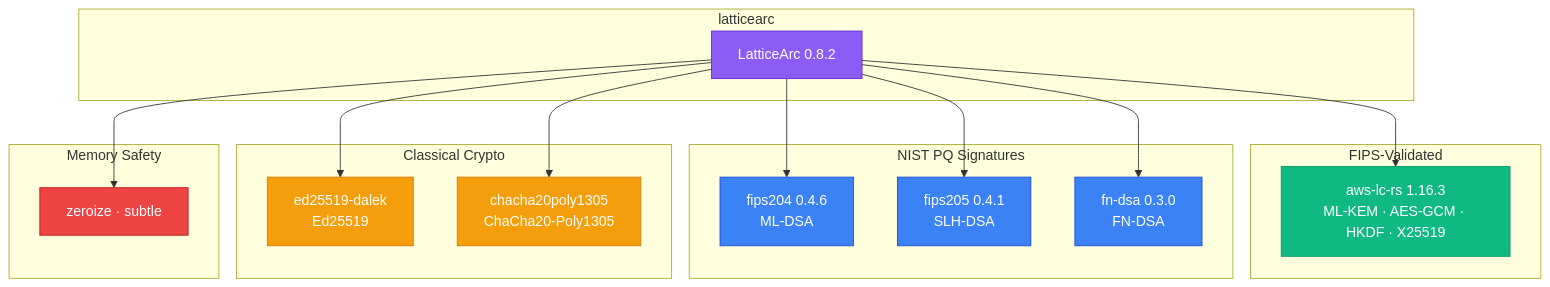
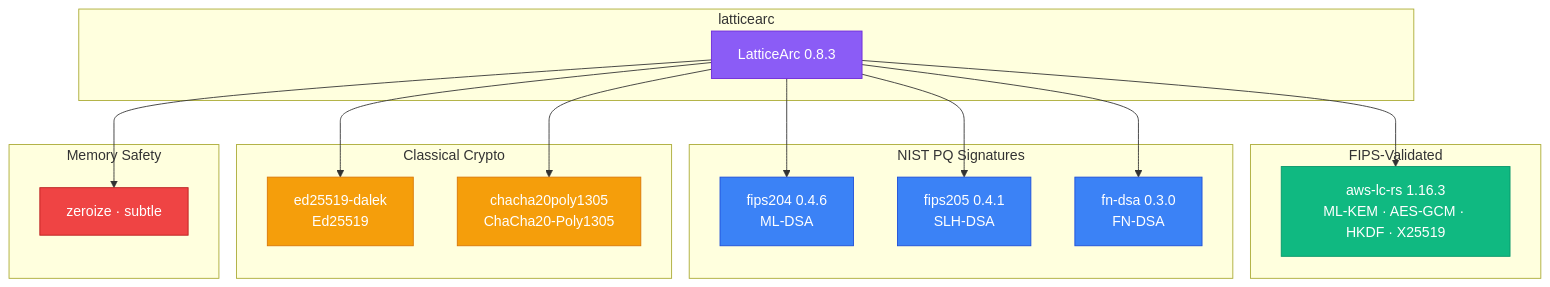
Before and after one commit to LatticeArc/latticearc: the diagram in docs/DEPENDENCY_JUSTIFICATION.md, drawn with Mermaid. The commit also changed other lines of this file and 6 other files, not shown here.

````diff
--- a/docs/DEPENDENCY_JUSTIFICATION.md
+++ b/docs/DEPENDENCY_JUSTIFICATION.md
@@ -12,45 +12,45 @@
 ```mermaid
 flowchart TB
     subgraph "latticearc"
-        LA[LatticeArc 0.8.2]
+        LA[LatticeArc 0.8.3]
     end
 
     subgraph "FIPS-Validated"
         AWSLC["aws-lc-rs 1.16.3\nML-KEM · AES-GCM · HKDF · X25519"]
     end
 
     subgraph "NIST PQ Signatures"
         F204["fips204 0.4.6\nML-DSA"]
         F205["fips205 0.4.1\nSLH-DSA"]
         FNDSA["fn-dsa 0.3.0\nFN-DSA"]
     end
 
     subgraph "Classical Crypto"
         DALEK["ed25519-dalek\nEd25519"]
         CHA["chacha20poly1305\nChaCha20-Poly1305"]
     end
 
     subgraph "Memory Safety"
         ZERO["zeroize · subtle"]
     end
 
     LA --> AWSLC
     LA --> F204
     LA --> F205
     LA --> FNDSA
     LA --> DALEK
     LA --> CHA
     LA --> ZERO
 
     classDef main fill:#8b5cf6,stroke:#6d28d9,color:#fff
     classDef fips fill:#10b981,stroke:#059669,color:#fff
     classDef nist fill:#3b82f6,stroke:#1d4ed8,color:#fff
     classDef cl fill:#f59e0b,stroke:#d97706,color:#fff
     classDef safety fill:#ef4444,stroke:#b91c1c,color:#fff
 
     class LA main
     class AWSLC fips
     class F204,F205,FNDSA nist
     class DALEK,CHA cl
     class ZERO safety
 ```
````
